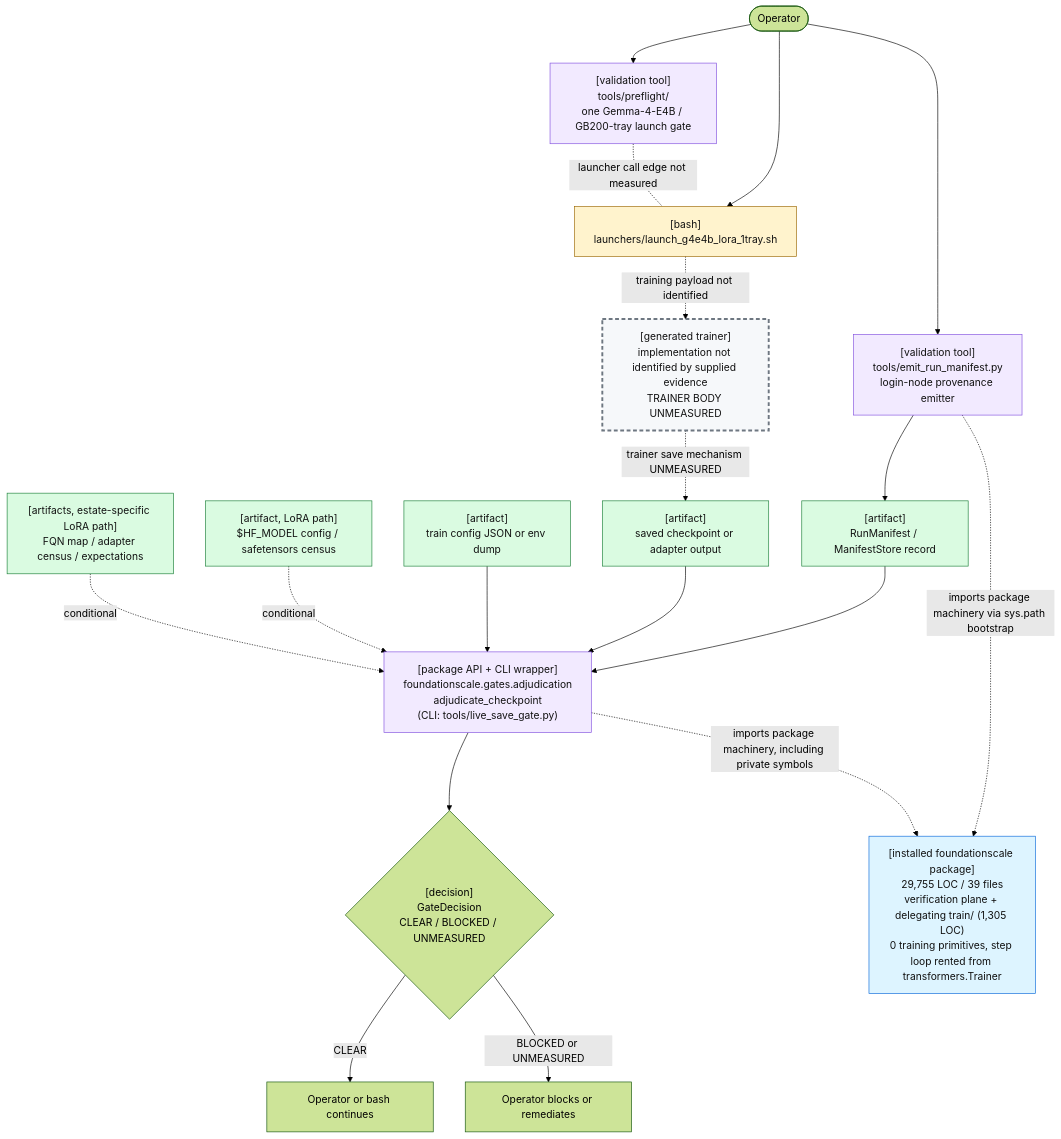
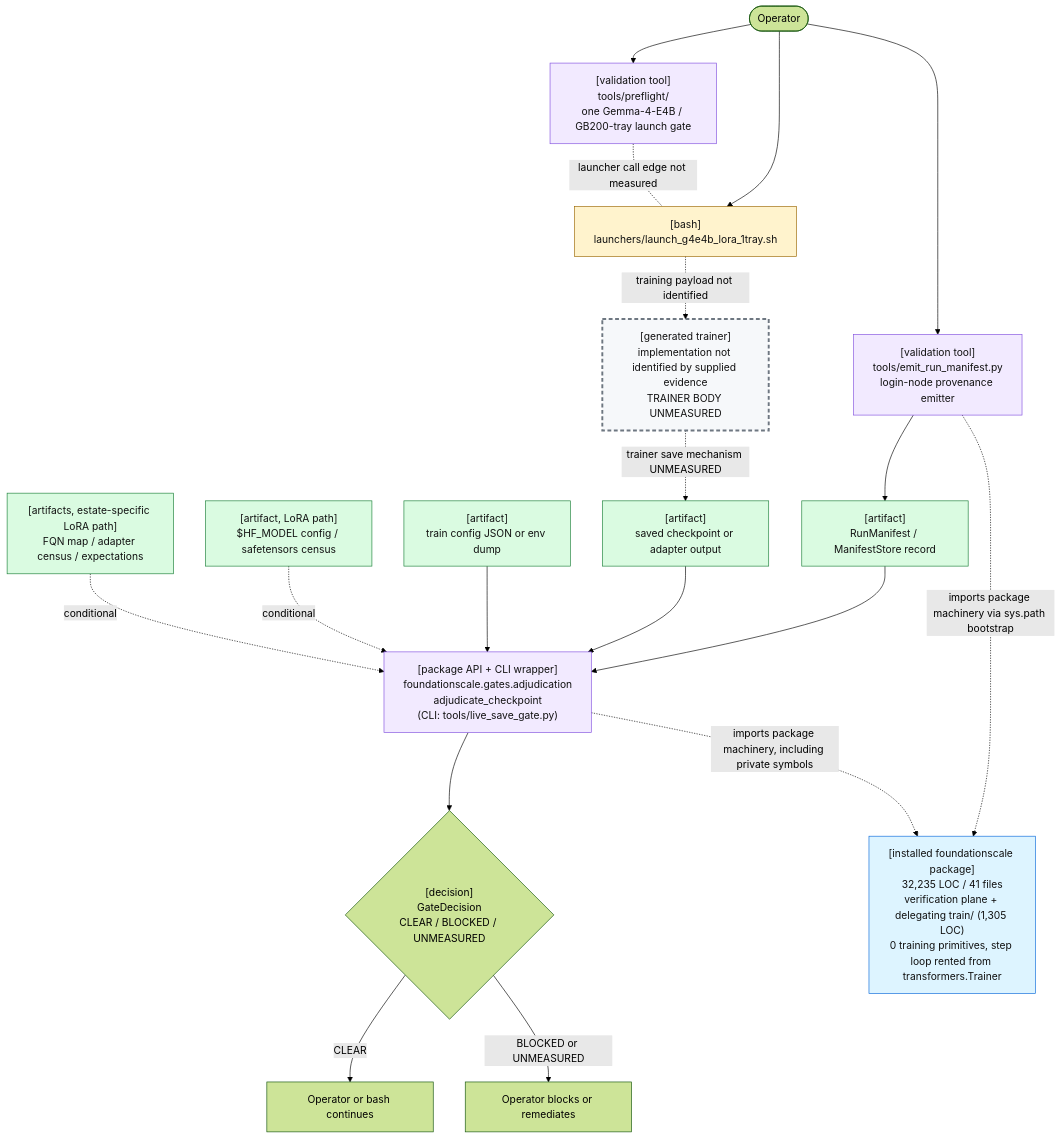
The first of 2 diagrams in docs/review/D2_current_architecture.md (TranNhiem/FoundationScale), drawn with Mermaid (forest theme) before and after one commit. The commit also changed other lines of this file and 26 other files, not shown here.

````diff
--- a/docs/review/D2_current_architecture.md
+++ b/docs/review/D2_current_architecture.md
@@ -25,59 +25,59 @@
 ```mermaid
 flowchart TB
   O(["Operator"])
 
   PF["[validation tool]<br/>tools/preflight/<br/>one Gemma-4-E4B / GB200-tray launch gate"]
   L["[bash]<br/>launchers/launch_g4e4b_lora_1tray.sh"]
 
   E["[validation tool]<br/>tools/emit_run_manifest.py<br/>login-node provenance emitter"]
   M["[artifact]<br/>RunManifest / ManifestStore record"]
 
   T["[generated trainer]<br/>implementation not identified by supplied evidence<br/>TRAINER BODY UNMEASURED"]
   C["[artifact]<br/>saved checkpoint or adapter output"]
 
   G["[package API + CLI wrapper]<br/>foundationscale.gates.adjudication<br/>adjudicate_checkpoint<br/>(CLI: tools/live_save_gate.py)"]
   CFG["[artifact]<br/>train config JSON or env dump"]
   BASE["[artifact, LoRA path]<br/>$HF_MODEL config / safetensors census"]
   CEN["[artifacts, estate-specific LoRA path]<br/>FQN map / adapter census / expectations"]
 
   D{"[decision]<br/>GateDecision<br/>CLEAR / BLOCKED / UNMEASURED"}
   OK["Operator or bash continues"]
   NO["Operator blocks or remediates"]
 
-  PKG["[installed foundationscale package]<br/>29,755 LOC / 39 files<br/>verification plane + delegating train/ (1,305 LOC)<br/>0 training primitives, step loop rented from transformers.Trainer"]
+  PKG["[installed foundationscale package]<br/>32,235 LOC / 41 files<br/>verification plane + delegating train/ (1,305 LOC)<br/>0 training primitives, step loop rented from transformers.Trainer"]
 
   O --> PF
   O --> L
   PF -. "launcher call edge not measured" .- L
 
   O --> E
   E --> M
 
   L -. "training payload not identified" .-> T
   T -. "trainer save mechanism UNMEASURED" .-> C
 
   M --> G
   C --> G
   CFG --> G
   BASE -. "conditional" .-> G
   CEN -. "conditional" .-> G
 
   E -. "imports package machinery via sys.path bootstrap" .-> PKG
   G -. "imports package machinery, including private symbols" .-> PKG
 
   G --> D
   D -->|"CLEAR"| OK
   D -->|"BLOCKED or UNMEASURED"| NO
 
   classDef bash fill:#fff3cd,stroke:#9a6700,color:#111;
   classDef tool fill:#f2eaff,stroke:#8250df,color:#111;
   classDef artifact fill:#dafbe1,stroke:#1a7f37,color:#111;
   classDef gap fill:#f6f8fa,stroke:#6e7781,stroke-width:3px,stroke-dasharray: 6 4,color:#111;
   classDef pkg fill:#ddf4ff,stroke:#0969da,color:#111;
 
   class L bash;
   class PF,E,G tool;
   class M,C,CFG,BASE,CEN artifact;
   class T gap;
   class PKG pkg;
 ```
````
